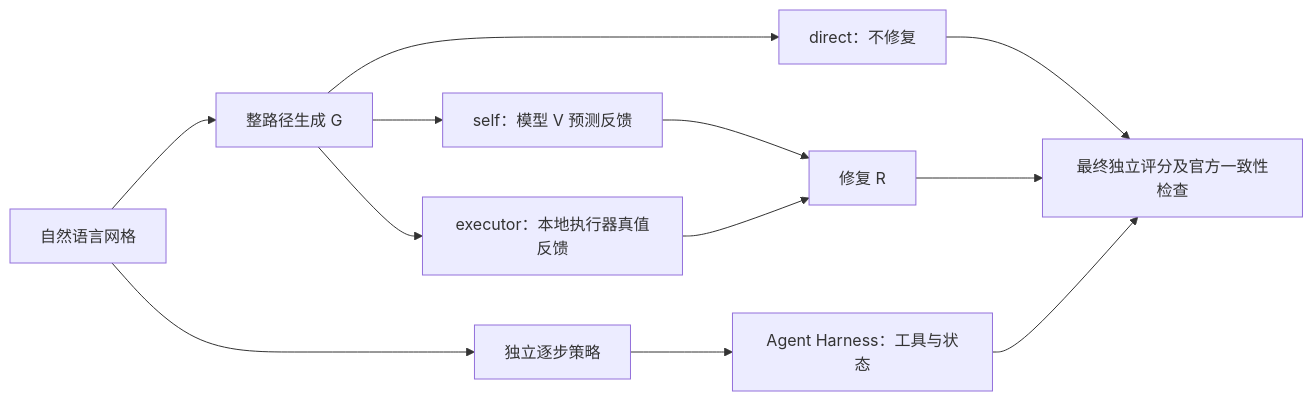
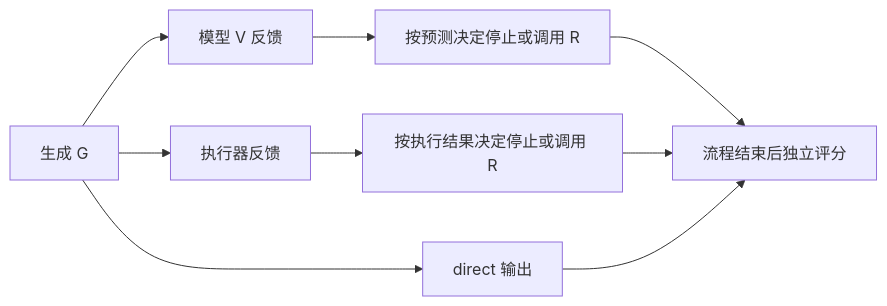
Before and after one commit to Xiaofeipao/NLP-Project: the diagram in docs/project6_overview.md, drawn with Mermaid. The commit also changed other lines of this file, not shown here.

Commit message:
Reorganize Project 6 around requirements and harness evidence

````diff
--- a/docs/project6_overview.md
+++ b/docs/project6_overview.md
@@ -11,14 +143,11 @@
 ```mermaid
 flowchart LR
-  A[自然语言网格] --> G[整路径生成 G]
-  G --> D[direct：不修复]
-  G --> V[self：模型 V 预测反馈]
-  G --> X[executor：本地执行器真值反馈]
-  V --> R[修复 R]
-  X --> R
-  D --> E[最终独立评分及官方一致性检查]
-  R --> E
-  A --> P[独立逐步策略]
-  P --> H[Agent Harness：工具与状态]
-  H --> E
+    G[生成 G] --> D[direct 输出]
+    G --> V[模型 V 反馈]
+    G --> X[执行器反馈]
+    V --> A[按预测决定停止或调用 R]
+    X --> B[按执行结果决定停止或调用 R]
+    A --> S[流程结束后独立评分]
+    B --> S
+    D --> S
 ```
````
